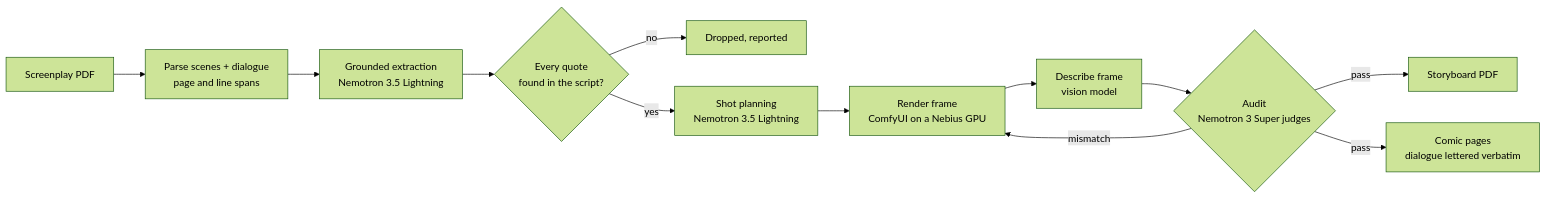
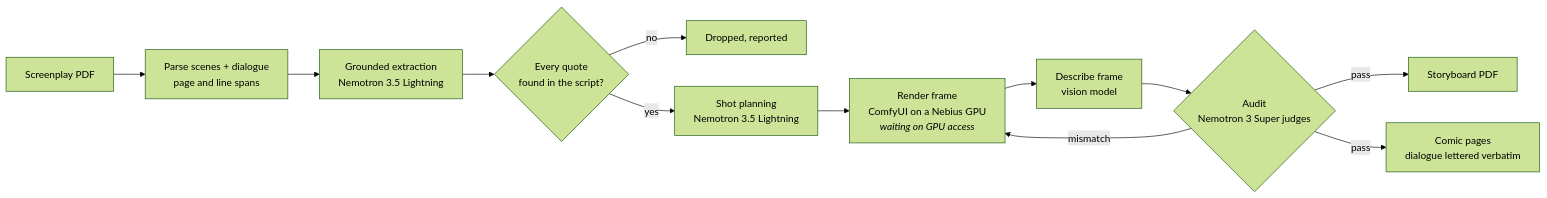
Before and after one commit to Katlego-tech/Panelwise: the diagram in README.md, drawn with Mermaid (forest theme). The commit also changed other lines of this file, not shown here.

Commit message:
docs(readme): T033 review — render loop marked as waiting, faithfulness wording, verify smoke-test note, caption and judge wording

````diff
--- a/README.md
+++ b/README.md
@@ -33,14 +34,14 @@
 ```mermaid
 flowchart LR
   PDF[Screenplay PDF] --> P[Parse scenes + dialogue<br/>page and line spans]
   P --> G[Grounded extraction<br/>Nemotron 3.5 Lightning]
   G --> F{Every quote<br/>found in the script?}
   F -- no --> X[Dropped, reported]
   F -- yes --> S[Shot planning<br/>Nemotron 3.5 Lightning]
-  S --> R[Render frame<br/>ComfyUI on a Nebius GPU]
+  S --> R[Render frame<br/>ComfyUI on a Nebius GPU<br/><i>waiting on GPU access</i>]
   R --> D[Describe frame<br/>vision model]
   D --> V{Audit<br/>Nemotron 3 Super judges}
   V -- mismatch --> R
   V -- pass --> B[Storyboard PDF]
   V -- pass --> C[Comic pages<br/>dialogue lettered verbatim]
 ```
````
